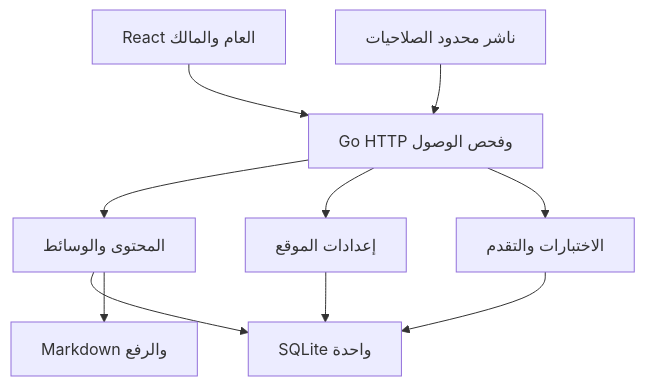
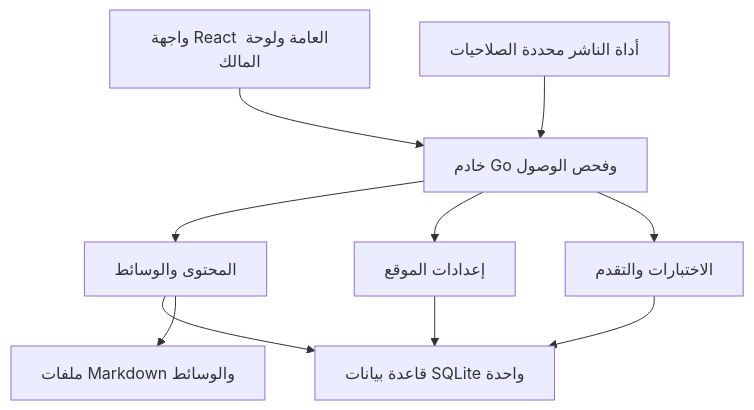
The diagram in docs/architecture-appendix-configurable-learning.ar.md (mbougarne/modawana), drawn with Mermaid before and after one commit. The commit also changed other lines of this file and 39 other files, not shown here.

````diff
--- a/docs/architecture-appendix-configurable-learning.ar.md
+++ b/docs/architecture-appendix-configurable-learning.ar.md
@@ -22,12 +22,12 @@
 ```mermaid
 flowchart TD
-    Browser["React العام والمالك"] --> HTTP["Go HTTP وفحص الوصول"]
-    CLI["ناشر محدود الصلاحيات"] --> HTTP
+    Browser["واجهة React العامة ولوحة المالك"] --> HTTP["خادم Go وفحص الوصول"]
+    CLI["أداة الناشر محددة الصلاحيات"] --> HTTP
     HTTP --> Content["المحتوى والوسائط"]
     HTTP --> Config["إعدادات الموقع"]
     HTTP --> Learning["الاختبارات والتقدم"]
-    Content --> DB["SQLite واحدة"]
+    Content --> DB["قاعدة بيانات SQLite واحدة"]
     Config --> DB
     Learning --> DB
-    Content --> Files["Markdown والرفع"]
+    Content --> Files["ملفات Markdown والوسائط"]
 ```
````
